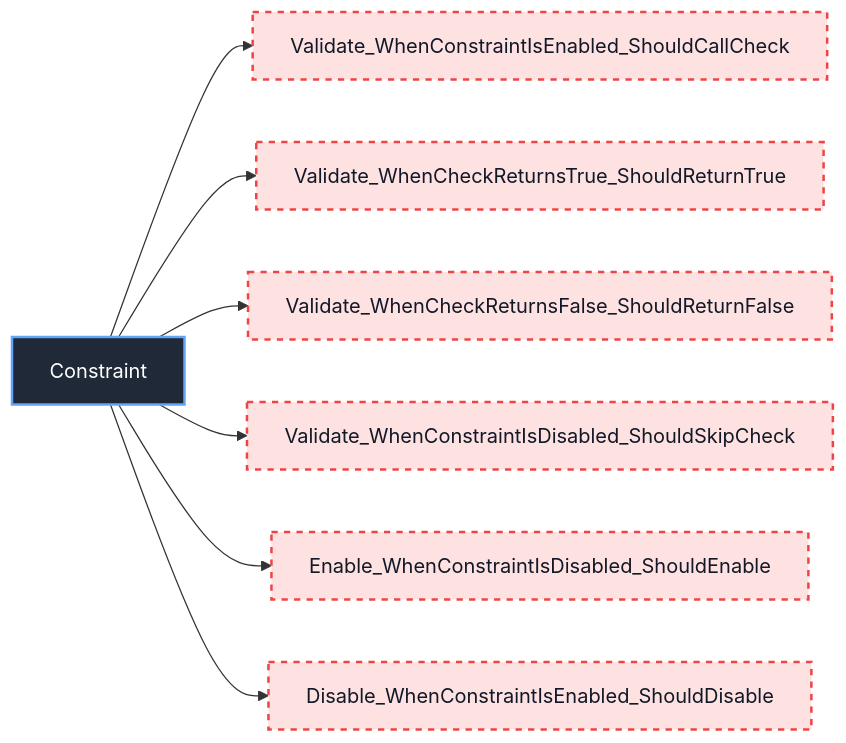
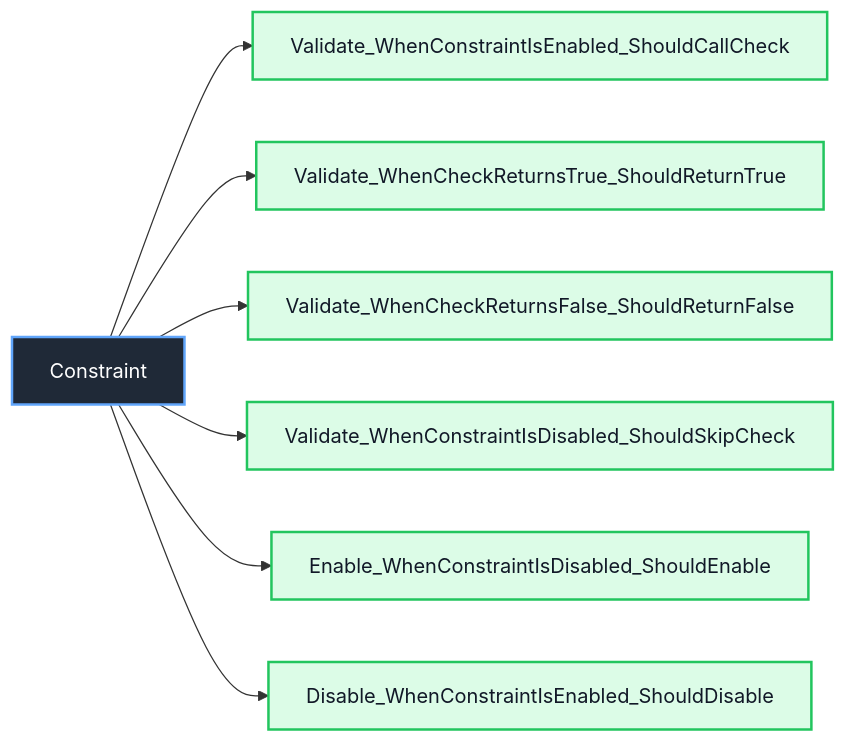
The fifth of 30 diagrams in docs/unit-test/README.md (manaxpow/DBMS), drawn with Mermaid before and after one commit. The commit also changed other lines of this file and 13 other files, not shown here.

````diff
--- a/docs/unit-test/README.md
+++ b/docs/unit-test/README.md
@@ -131,18 +131,18 @@
 ```mermaid
 flowchart LR
     Class_Constraint["Constraint"]
 
     Class_Constraint --> CST_001["Validate_WhenConstraintIsEnabled_ShouldCallCheck"]
     Class_Constraint --> CST_002["Validate_WhenCheckReturnsTrue_ShouldReturnTrue"]
     Class_Constraint --> CST_003["Validate_WhenCheckReturnsFalse_ShouldReturnFalse"]
     Class_Constraint --> CST_004["Validate_WhenConstraintIsDisabled_ShouldSkipCheck"]
     Class_Constraint --> CST_005["Enable_WhenConstraintIsDisabled_ShouldEnable"]
     Class_Constraint --> CST_006["Disable_WhenConstraintIsEnabled_ShouldDisable"]
 
     classDef classNode fill:#1f2937,stroke:#60a5fa,color:#ffffff,stroke-width:2px
     classDef completedTest fill:#dcfce7,stroke:#22c55e,color:#111827,stroke-width:2px
     classDef missingTest fill:#fee2e2,stroke:#ef4444,color:#111827,stroke-width:2px,stroke-dasharray: 5 5
 
     class Class_Constraint classNode
-    class CST_001,CST_002,CST_003,CST_004,CST_005,CST_006 missingTest
+    class CST_001,CST_002,CST_003,CST_004,CST_005,CST_006 completedTest
 ```
````
